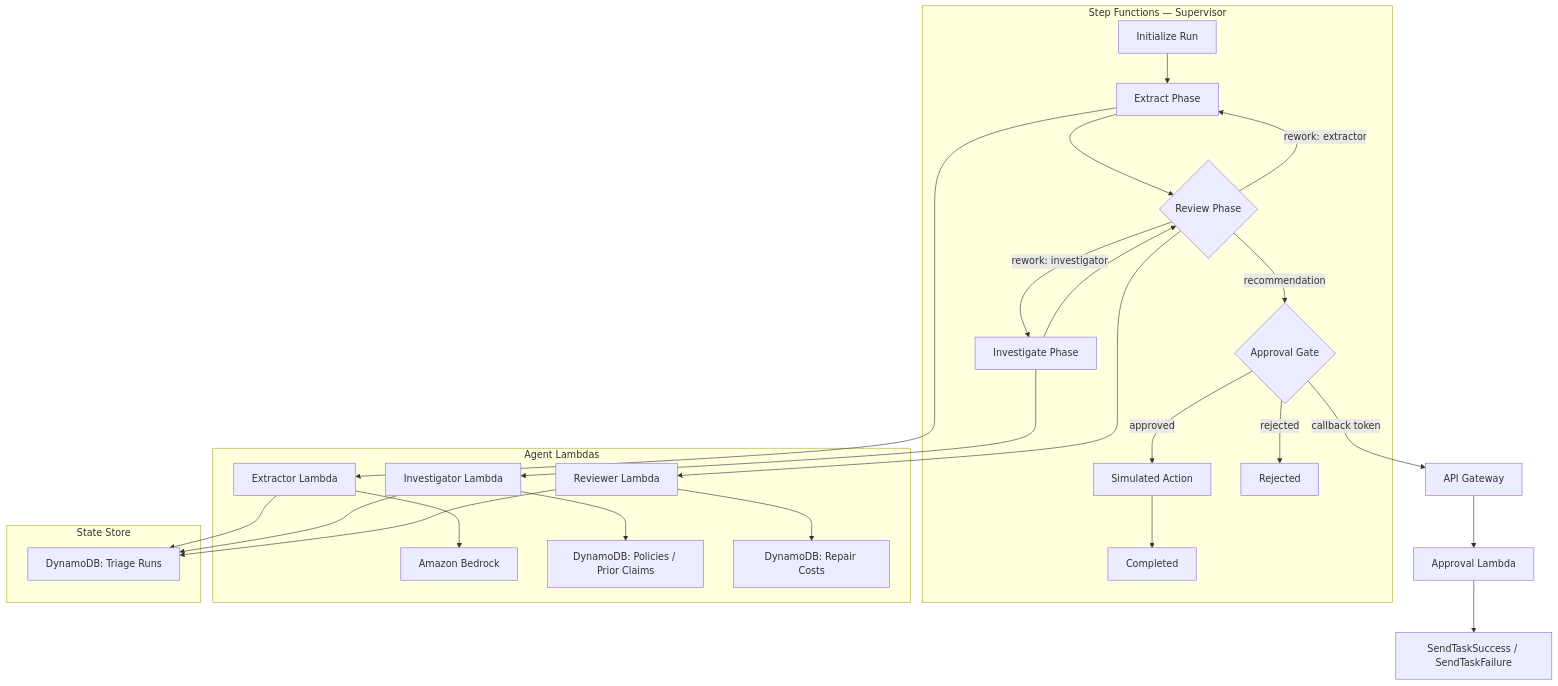
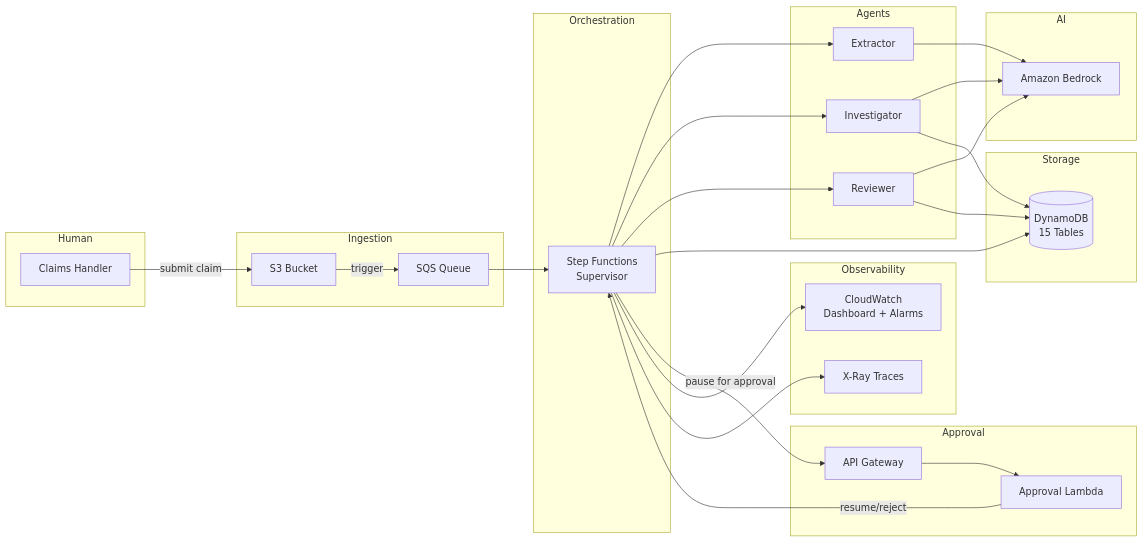
The first of 8 diagrams in README.md (apLanka/verdikt), drawn with Mermaid before and after one commit. The commit also changed other lines of this file, not shown here.

First line of the commit message:
docs(F12): rewrite README with clear architecture diagrams

````diff
--- a/README.md
+++ b/README.md
@@ -7,33 +17,57 @@
 ```mermaid
-graph TD
-    subgraph "Step Functions — Supervisor"
-        A[Initialize Run] --> B[Extract Phase]
-        B --> C{Review Phase}
-        C -->|rework: extractor| B
-        C -->|rework: investigator| D[Investigate Phase]
-        C -->|recommendation| E{Approval Gate}
-        E -->|approved| F[Simulated Action]
-        E -->|rejected| G[Rejected]
-        D --> C
-        F --> H[Completed]
+graph LR
+    subgraph "Human"
+        H[Claims Handler]
     end
 
-    subgraph "Agent Lambdas"
-        B --> I[Extractor Lambda]
-        I --> J[Amazon Bedrock]
-        D --> K[Investigator Lambda]
-        K --> L[DynamoDB: Policies / Prior Claims]
-        C --> M[Reviewer Lambda]
-        M --> N[DynamoDB: Repair Costs]
+    subgraph "Ingestion"
+        S3[S3 Bucket]
+        Q[SQS Queue]
     end
 
-    subgraph "State Store"
-        I --> O[DynamoDB: Triage Runs]
-        K --> O
-        M --> O
+    subgraph "Orchestration"
+        SFN[Step Functions<br/>Supervisor]
     end
 
-    E -->|callback token| P[API Gateway]
-    P --> Q[Approval Lambda]
-    Q --> R[SendTaskSuccess / SendTaskFailure]
+    subgraph "Agents"
+        E[Extractor]
+        I[Investigator]
+        R[Reviewer]
+    end
+
+    subgraph "AI"
+        B[Amazon Bedrock]
+    end
+
+    subgraph "Storage"
+        DB[(DynamoDB<br/>15 Tables)]
+    end
+
+    subgraph "Approval"
+        GW[API Gateway]
+        A[Approval Lambda]
+    end
+
+    subgraph "Observability"
+        CW[CloudWatch<br/>Dashboard + Alarms]
+        X[X-Ray Traces]
+    end
+
+    H -->|submit claim| S3
+    S3 -->|trigger| Q
+    Q --> SFN
+    SFN --> E
+    SFN --> I
+    SFN --> R
+    E --> B
+    I --> B
+    R --> B
+    I --> DB
+    R --> DB
+    SFN --> DB
+    SFN -->|pause for approval| GW
+    GW --> A
+    A -->|resume/reject| SFN
+    SFN --> CW
+    SFN --> X
 ```
````
